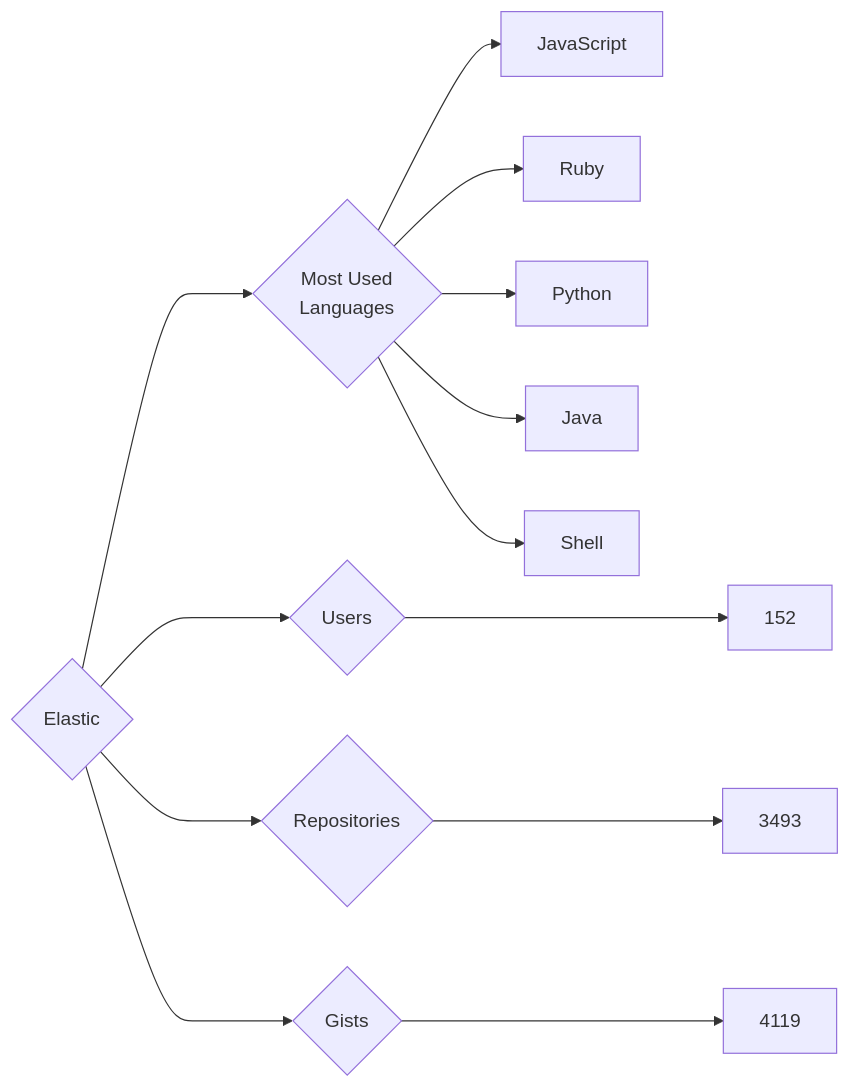
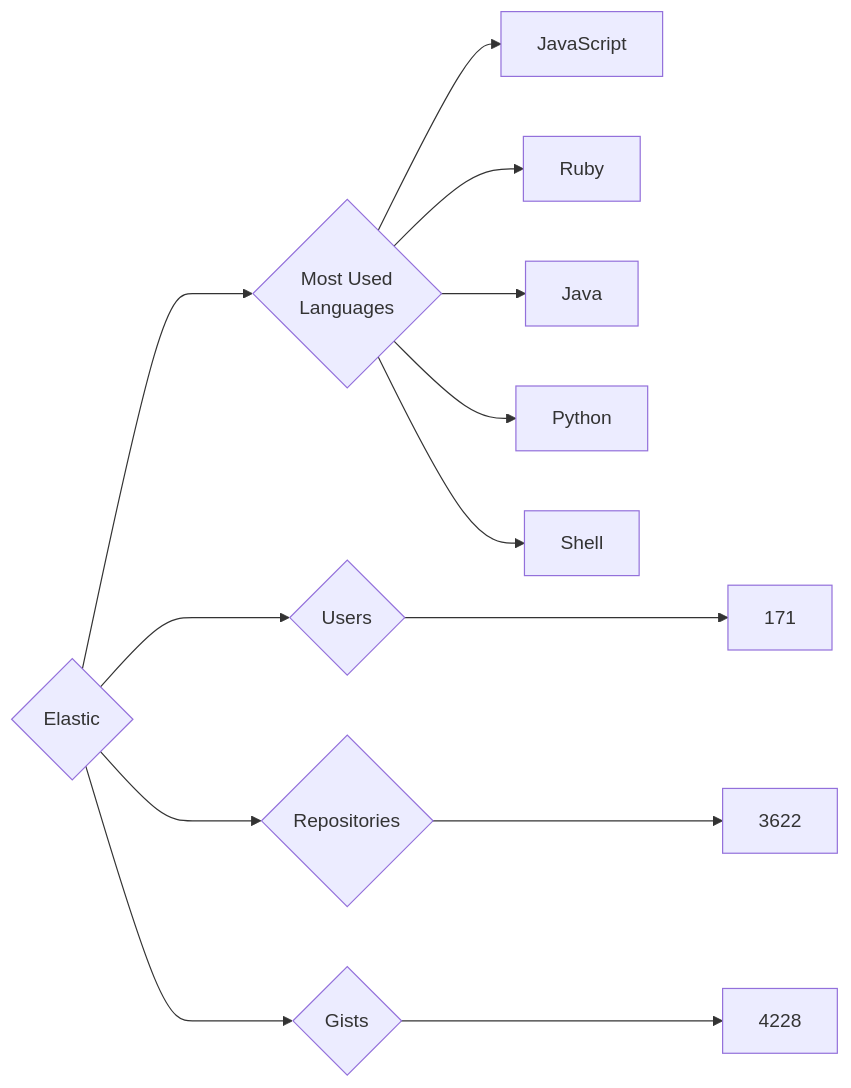
One commit to trickest/insiders changed the diagram in targets/Elastic/README.md. Above: the diagram before and after it, drawn with Mermaid. The commit also changed 847 other files, not shown here.

````diff
--- a/targets/Elastic/README.md
+++ b/targets/Elastic/README.md
@@ -3,13 +3,13 @@
 ```mermaid
 graph LR
 COMPANY_NAME{Elastic}
-COMPANY_NAME ---> U{Users} ---> UN[152]
-COMPANY_NAME ---> R{Repositories} ---> RN[3493]
-COMPANY_NAME ---> G{Gists} ---> GN[4119]
+COMPANY_NAME ---> U{Users} ---> UN[171]
+COMPANY_NAME ---> R{Repositories} ---> RN[3622]
+COMPANY_NAME ---> G{Gists} ---> GN[4228]
 COMPANY_NAME ---> ML{Most Used<br>Languages}
 ML --> JavaScript[JavaScript]
 ML --> Ruby[Ruby]
+ML --> Java[Java]
 ML --> Python[Python]
-ML --> Java[Java]
 ML --> Shell[Shell]
 ```
````
